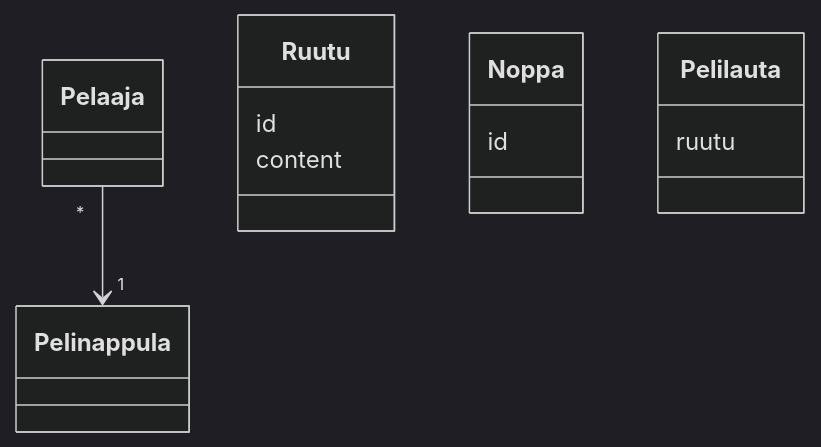
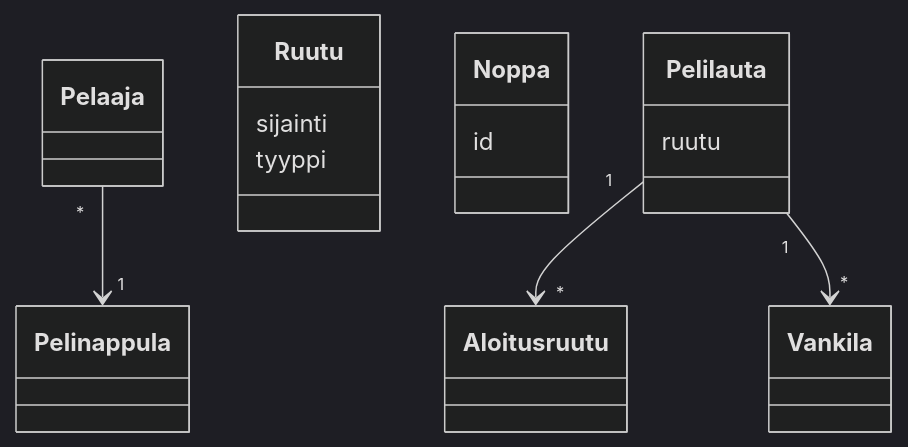
One commit to Vilivanh/ot-harjoitustyo changed the diagram in laskarit/viikko3/monopolikaavio.md. Above: the diagram before and after it, drawn with Mermaid (dark theme).

Commit message:
laajennetaan

````diff
--- a/laskarit/viikko3/monopolikaavio.md
+++ b/laskarit/viikko3/monopolikaavio.md
@@ -1,18 +1,21 @@
 ```mermaid
  classDiagram
       Pelaaja "*" --> "1" Pelinappula
 
       class Pelaaja{
           
       }
       class Ruutu{
-          id
-          content
+          sijainti
+          tyyppi
       }
       class Noppa{
           id
       }
       class Pelilauta{
           ruutu
       }
+      Pelilauta "1" --> "*" Aloitusruutu
+      Pelilauta "1" --> "*" Vankila
+      
 ```
````
